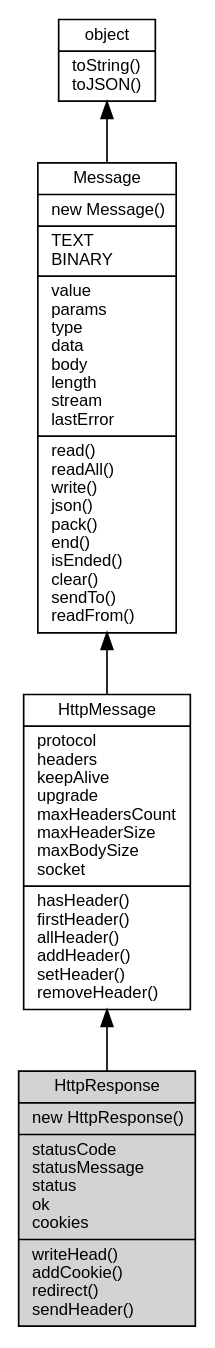
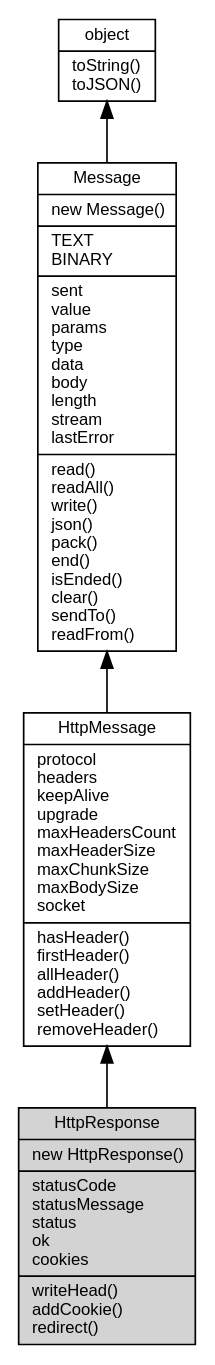
Before and after one commit to fibjs/fibjs.org: the diagram in docs/manual/object/ifs/HttpResponse.md, drawn with Graphviz. The commit also changed other lines of this file and 63 other files, not shown here.

````diff
--- a/docs/manual/object/ifs/HttpResponse.md
+++ b/docs/manual/object/ifs/HttpResponse.md
@@ -23,14 +23,14 @@
 ```dot
 digraph {
     node [fontname="Helvetica,sans-Serif", fontsize=10, shape="record", style="filled", fillcolor="white"];
 
     object [tooltip="object", URL="object.md", label="{object|toString()\ltoJSON()\l}"];
-    Message [tooltip="Message", URL="Message.md", label="{Message|new Message()\l|TEXT\lBINARY\l|value\lparams\ltype\ldata\lbody\llength\lstream\llastError\l|read()\lreadAll()\lwrite()\ljson()\lpack()\lend()\lisEnded()\lclear()\lsendTo()\lreadFrom()\l}"];
-    HttpMessage [tooltip="HttpMessage", URL="HttpMessage.md", label="{HttpMessage|protocol\lheaders\lkeepAlive\lupgrade\lmaxHeadersCount\lmaxHeaderSize\lmaxBodySize\lsocket\l|hasHeader()\lfirstHeader()\lallHeader()\laddHeader()\lsetHeader()\lremoveHeader()\l}"];
-    HttpResponse [tooltip="HttpResponse", fillcolor="lightgray", id="me", label="{HttpResponse|new HttpResponse()\l|statusCode\lstatusMessage\lstatus\lok\lcookies\l|writeHead()\laddCookie()\lredirect()\lsendHeader()\l}"];
+    Message [tooltip="Message", URL="Message.md", label="{Message|new Message()\l|TEXT\lBINARY\l|sent\lvalue\lparams\ltype\ldata\lbody\llength\lstream\llastError\l|read()\lreadAll()\lwrite()\ljson()\lpack()\lend()\lisEnded()\lclear()\lsendTo()\lreadFrom()\l}"];
+    HttpMessage [tooltip="HttpMessage", URL="HttpMessage.md", label="{HttpMessage|protocol\lheaders\lkeepAlive\lupgrade\lmaxHeadersCount\lmaxHeaderSize\lmaxChunkSize\lmaxBodySize\lsocket\l|hasHeader()\lfirstHeader()\lallHeader()\laddHeader()\lsetHeader()\lremoveHeader()\l}"];
+    HttpResponse [tooltip="HttpResponse", fillcolor="lightgray", id="me", label="{HttpResponse|new HttpResponse()\l|statusCode\lstatusMessage\lstatus\lok\lcookies\l|writeHead()\laddCookie()\lredirect()\l}"];
 
     object -> Message [dir=back];
     Message -> HttpMessage [dir=back];
     HttpMessage -> HttpResponse [dir=back];
 }
 ```
````
